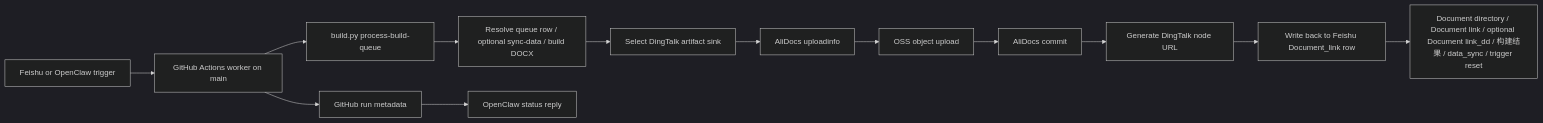
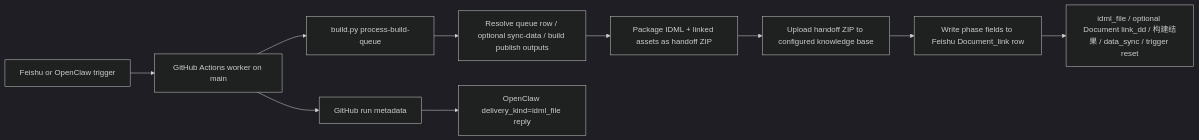
One commit to Bingboom/Hello-Docs changed the fifth of 5 diagrams in code-as-doc/architecture/OpenClaw_Control_Layer_Plan.md. Above: the diagram before and after it, drawn with Mermaid (dark theme). The commit also changed other lines of this file and 36 other files, not shown here.

````diff
--- a/code-as-doc/architecture/OpenClaw_Control_Layer_Plan.md
+++ b/code-as-doc/architecture/OpenClaw_Control_Layer_Plan.md
@@ -271,29 +265,23 @@
 ```mermaid
 flowchart LR
     A["Feishu or OpenClaw trigger"]
     B["GitHub Actions worker on main"]
     C["build.py process-build-queue"]
-    D["Resolve queue row / optional sync-data / build DOCX"]
-    E["Select DingTalk artifact sink"]
-    F["AliDocs uploadinfo"]
-    G["OSS object upload"]
-    H["AliDocs commit"]
-    I["Generate DingTalk node URL"]
-    J["Write back to Feishu Document_link row"]
-    K["Document directory / Document link / optional Document link_dd / 构建结果 / data_sync / trigger reset"]
-    L["GitHub run metadata"]
-    M["OpenClaw status reply"]
+    D["Resolve queue row / optional sync-data / build publish outputs"]
+    E["Package IDML + linked assets as handoff ZIP"]
+    F["Upload handoff ZIP to configured knowledge base"]
+    G["Write phase fields to Feishu Document_link row"]
+    H["idml_file / optional Document link_dd / 构建结果 / data_sync / trigger reset"]
+    I["GitHub run metadata"]
+    J["OpenClaw delivery_kind=idml_file reply"]
 
     A --> B
     B --> C
     C --> D
     D --> E
     E --> F
     F --> G
     G --> H
-    H --> I
+    B --> I
     I --> J
-    J --> K
-    B --> L
-    L --> M
 ```
````
